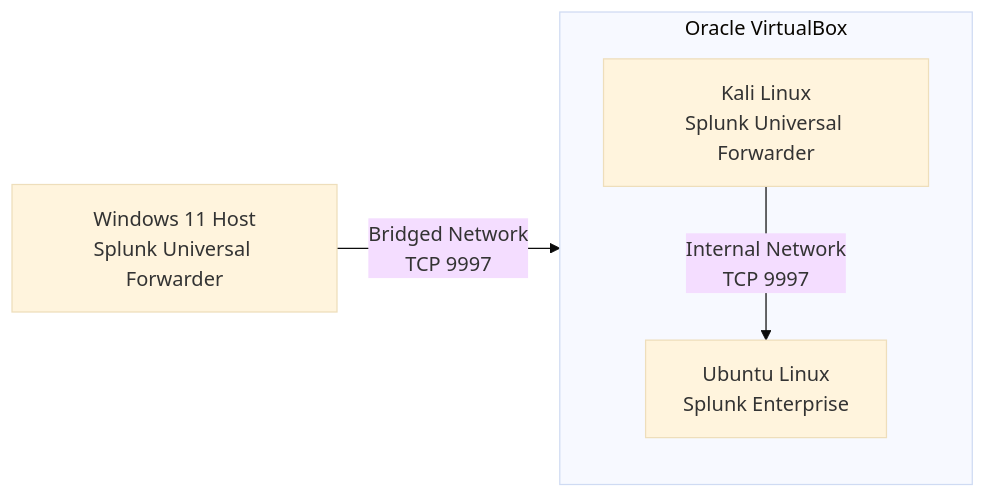
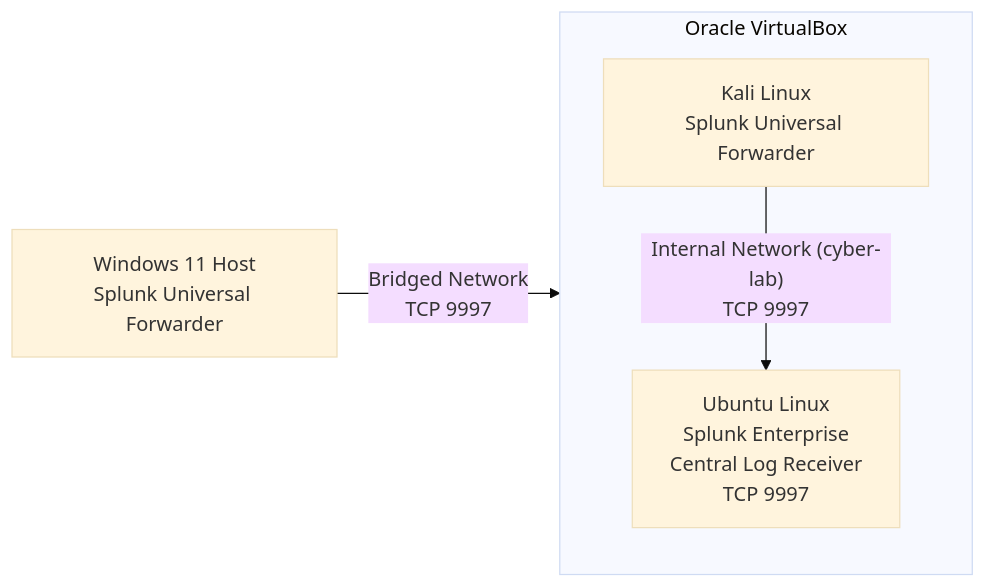
Before and after one commit to Akshatha-security-labs/Akshatha-security-labs: the diagram in VirtualBox/splunk/log-forwarding.md, drawn with Mermaid (base theme).

Commit message:
Update log-forwarding.md for Ubuntu description

````diff
--- a/VirtualBox/splunk/log-forwarding.md
+++ b/VirtualBox/splunk/log-forwarding.md
@@ -124,13 +124,14 @@
 ```mermaid
 flowchart LR
     WIN["Windows 11 Host<br/>Splunk Universal Forwarder"]
 
     subgraph VBOX["Oracle VirtualBox"]
         direction TB
         KALI["Kali Linux<br/>Splunk Universal Forwarder"]
-        UBUNTU["Ubuntu Linux<br/>Splunk Enterprise"]
-        KALI -->|"Internal Network<br/>TCP 9997"| UBUNTU
+        UBUNTU["Ubuntu Linux<br/>Splunk Enterprise<br/>Central Log Receiver<br/>TCP 9997"]
+
+        KALI -->|"Internal Network (cyber-lab)<br/>TCP 9997"| UBUNTU
     end
 
     WIN -->|"Bridged Network<br/>TCP 9997"| UBUNTU
 ```
````
